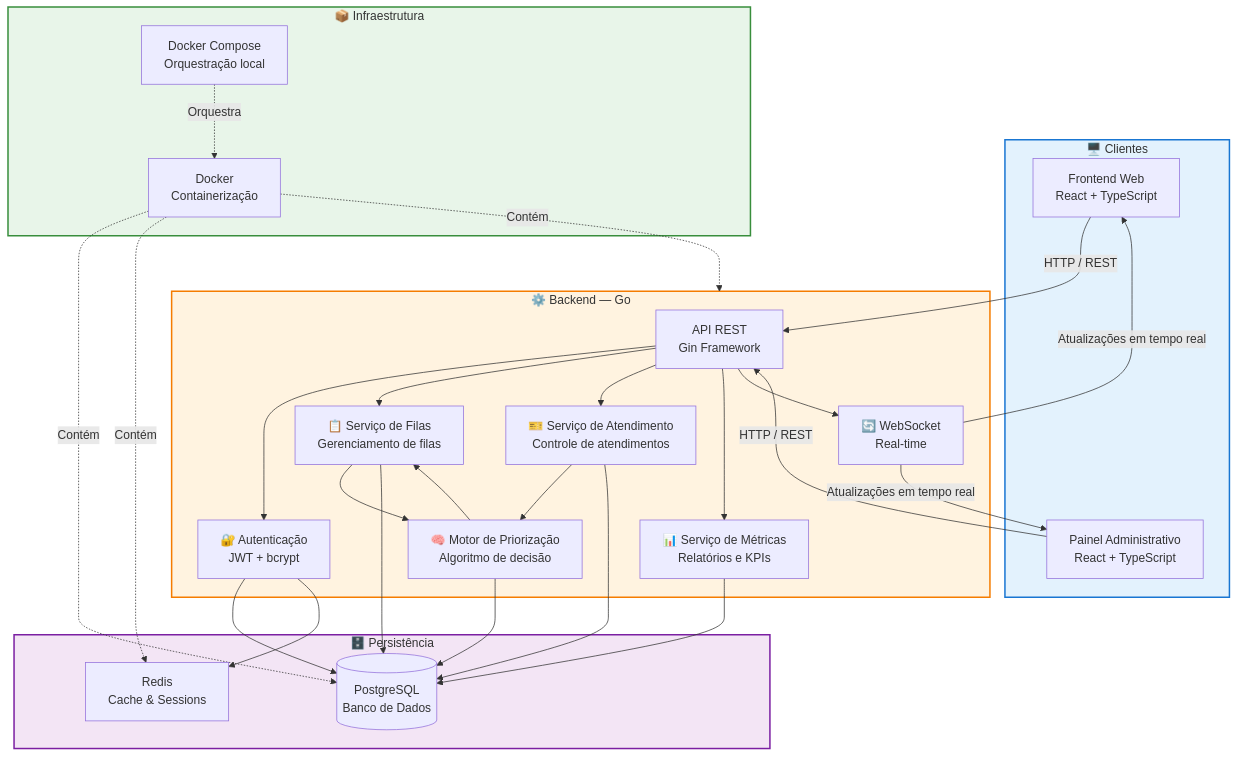
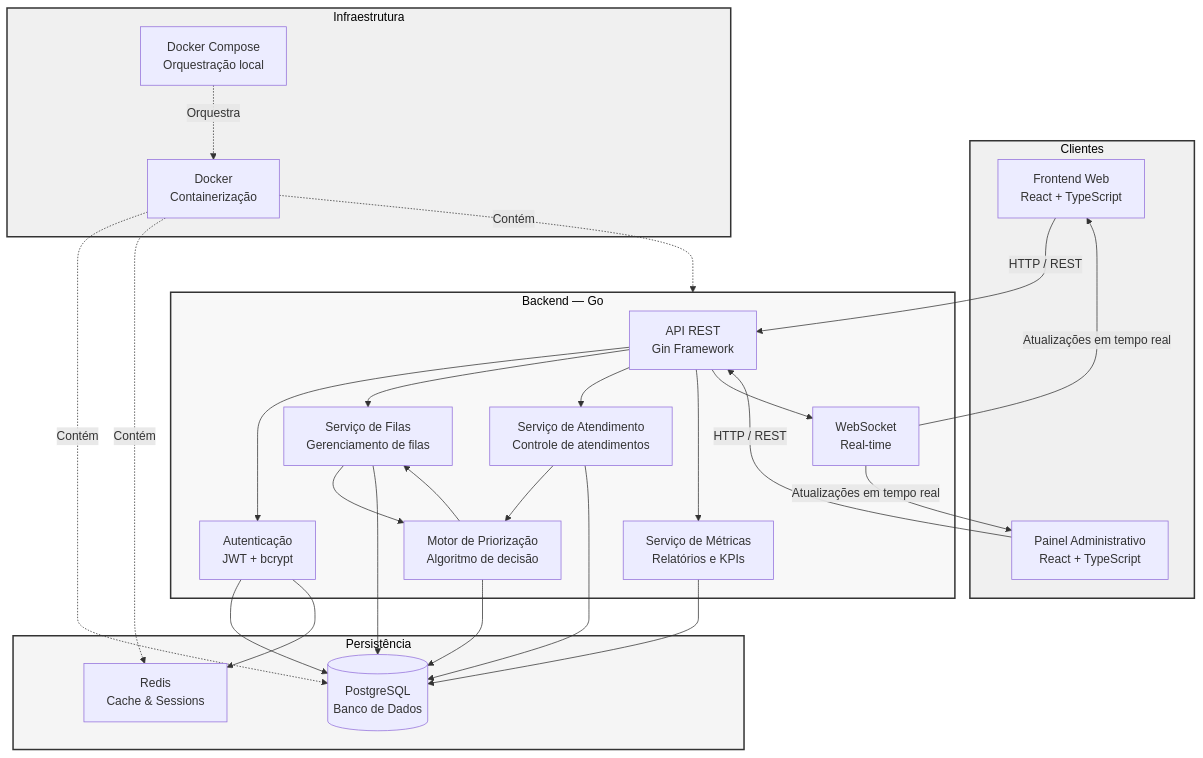
One commit to yuridkerber/QFlow changed the diagram in docs/diagrams/architecture.md. Above: the diagram before and after it, drawn with Mermaid. The commit also changed other lines of this file, not shown here.

Commit message:
Remover emojis e alterar cores dos cards para melhor legibilidade

````diff
--- a/docs/diagrams/architecture.md
+++ b/docs/diagrams/architecture.md
@@ -7,76 +7,76 @@
 ```mermaid
 flowchart TB
     %% CLIENTES
-    subgraph CLIENT["🖥️ Clientes"]
+    subgraph CLIENT["Clientes"]
         WEB["Frontend Web<br/>React + TypeScript"]
         ADM["Painel Administrativo<br/>React + TypeScript"]
     end
 
     %% BACKEND
-    subgraph BACK["⚙️ Backend — Go"]
+    subgraph BACK["Backend — Go"]
         API["API REST<br/>Gin Framework"]
-        AUTH["🔐 Autenticação<br/>JWT + bcrypt"]
-        QUEUE["📋 Serviço de Filas<br/>Gerenciamento de filas"]
-        PRIORITY["🧠 Motor de Priorização<br/>Algoritmo de decisão"]
-        SERVICE["🎫 Serviço de Atendimento<br/>Controle de atendimentos"]
-        METRICS["📊 Serviço de Métricas<br/>Relatórios e KPIs"]
-        WS["🔄 WebSocket<br/>Real-time"]
+        AUTH["Autenticação<br/>JWT + bcrypt"]
+        QUEUE["Serviço de Filas<br/>Gerenciamento de filas"]
+        PRIORITY["Motor de Priorização<br/>Algoritmo de decisão"]
+        SERVICE["Serviço de Atendimento<br/>Controle de atendimentos"]
+        METRICS["Serviço de Métricas<br/>Relatórios e KPIs"]
+        WS["WebSocket<br/>Real-time"]
     end
 
     %% DATABASE
-    subgraph DATA["🗄️ Persistência"]
+    subgraph DATA["Persistência"]
         DB[("PostgreSQL<br/>Banco de Dados")]
         CACHE["Redis<br/>Cache & Sessions"]
     end
 
     %% INFRA
-    subgraph INFRA["📦 Infraestrutura"]
+    subgraph INFRA["Infraestrutura"]
         DOCKER["Docker<br/>Containerização"]
         COMPOSE["Docker Compose<br/>Orquestração local"]
     end
 
     %% CONEXÕES - Cliente para Backend
     WEB -->|"HTTP / REST"| API
     ADM -->|"HTTP / REST"| API
 
     %% CONEXÕES - API para Serviços
     API --> AUTH
     API --> QUEUE
     API --> SERVICE
     API --> METRICS
 
     %% CONEXÕES - Serviços internos
     QUEUE --> PRIORITY
     SERVICE --> PRIORITY
     PRIORITY --> QUEUE
 
     %% CONEXÕES - Serviços para Dados
     AUTH --> DB
     AUTH --> CACHE
     QUEUE --> DB
     PRIORITY --> DB
     SERVICE --> DB
     METRICS --> DB
 
     %% CONEXÕES - WebSocket
     API --> WS
     WS -->|"Atualizações em tempo real"| WEB
     WS -->|"Atualizações em tempo real"| ADM
 
     %% CONEXÕES - Infraestrutura
     DOCKER -.->|"Contém"| BACK
     DOCKER -.->|"Contém"| DB
     DOCKER -.->|"Contém"| CACHE
     COMPOSE -.->|"Orquestra"| DOCKER
 
     %% Estilos
-    classDef client fill:#e3f2fd,stroke:#1976d2,stroke-width:2px
-    classDef backend fill:#fff3e0,stroke:#f57c00,stroke-width:2px
-    classDef database fill:#f3e5f5,stroke:#7b1fa2,stroke-width:2px
-    classDef infra fill:#e8f5e9,stroke:#388e3c,stroke-width:2px
+    classDef client fill:#f0f0f0,stroke:#333,stroke-width:2px,color:#000
+    classDef backend fill:#f8f8f8,stroke:#333,stroke-width:2px,color:#000
+    classDef database fill:#f5f5f5,stroke:#333,stroke-width:2px,color:#000
+    classDef infra fill:#f0f0f0,stroke:#333,stroke-width:2px,color:#000
 
     class CLIENT client
     class BACK backend
     class DATA database
     class INFRA infra
 ```
````
